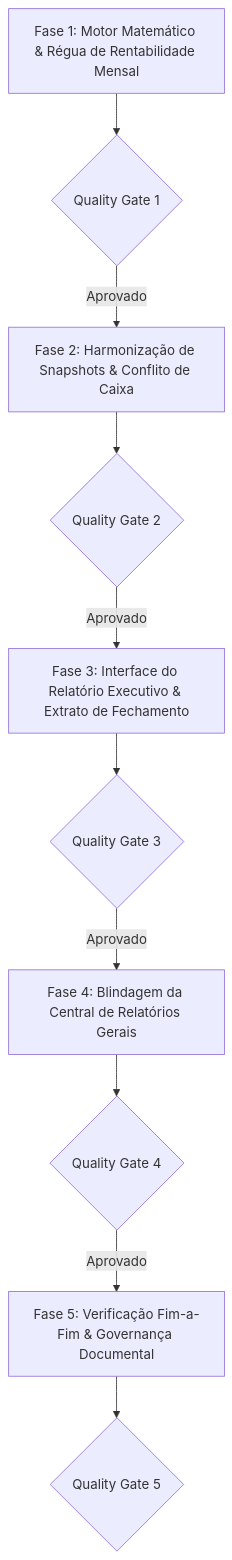
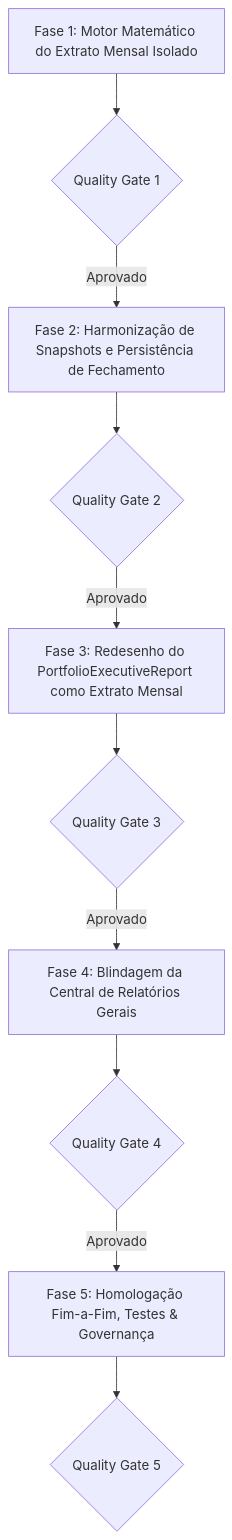
One commit to gabri3lsal3s/financasNew changed the diagram in docs/plans/PLANO_AUDITORIA_E_PRECISAO_RENTABILIDADE_INVESTIMENTOS.md. Above: the diagram before and after it, drawn with Mermaid. The commit also changed other lines of this file, not shown here.

Commit message:
docs(plans): aprimorar extratos de snapshots com foco estrito na competência mensal

````diff
--- a/docs/plans/PLANO_AUDITORIA_E_PRECISAO_RENTABILIDADE_INVESTIMENTOS.md
+++ b/docs/plans/PLANO_AUDITORIA_E_PRECISAO_RENTABILIDADE_INVESTIMENTOS.md
@@ -66,12 +81,12 @@
 ```mermaid
 flowchart TD
-    Fase1[Fase 1: Motor Matemático & Régua de Rentabilidade Mensal] --> QG1{Quality Gate 1}
-    QG1 -->|Aprovado| Fase2[Fase 2: Harmonização de Snapshots & Conflito de Caixa]
+    Fase1[Fase 1: Motor Matemático do Extrato Mensal Isolado] --> QG1{Quality Gate 1}
+    QG1 -->|Aprovado| Fase2[Fase 2: Harmonização de Snapshots e Persistência de Fechamento]
     Fase2 --> QG2{Quality Gate 2}
-    QG2 -->|Aprovado| Fase3[Fase 3: Interface do Relatório Executivo & Extrato de Fechamento]
+    QG2 -->|Aprovado| Fase3[Fase 3: Redesenho do PortfolioExecutiveReport como Extrato Mensal]
     Fase3 --> QG3{Quality Gate 3}
     QG3 -->|Aprovado| Fase4[Fase 4: Blindagem da Central de Relatórios Gerais]
     Fase4 --> QG4{Quality Gate 4}
-    QG4 -->|Aprovado| Fase5[Fase 5: Verificação Fim-a-Fim & Governança Documental]
+    QG4 -->|Aprovado| Fase5[Fase 5: Homologação Fim-a-Fim, Testes & Governança]
     Fase5 --> QG5{Quality Gate 5}
 ```
````
